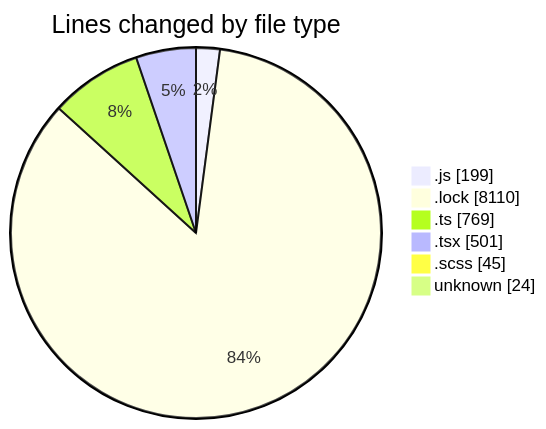
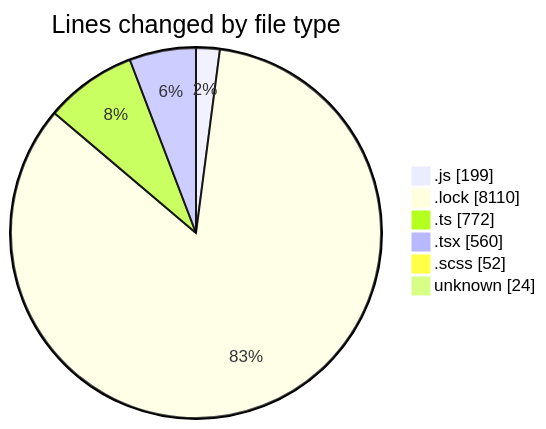
Before and after one commit to momahboobian/code-tracking: the first of 2 diagrams in 2025-02-07/cda/README.md, drawn with Mermaid. The commit also changed other lines of this file and 1 other file, not shown here.

````diff
--- a/2025-02-07/cda/README.md
+++ b/2025-02-07/cda/README.md
@@ -48,10 +53,10 @@
 ```mermaid
 pie showData
 title Lines changed by file type
 ".js" : 199
 ".lock" : 8110
-".ts" : 769
-".tsx" : 501
-".scss" : 45
+".ts" : 772
+".tsx" : 560
+".scss" : 52
 "unknown" : 24
 ```
````
